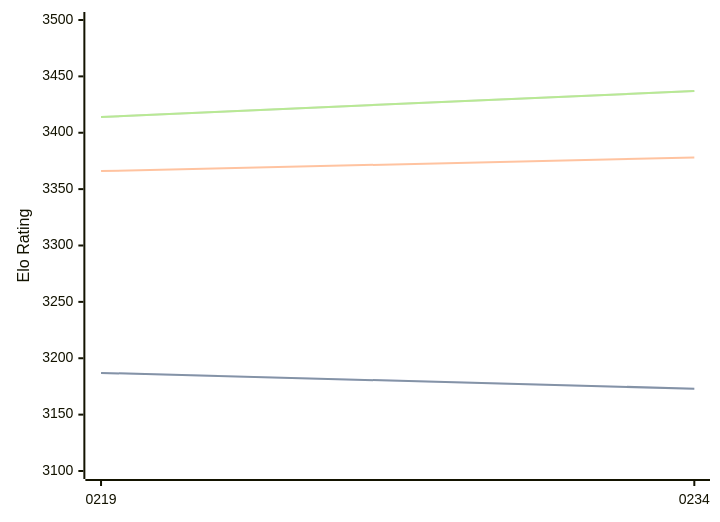
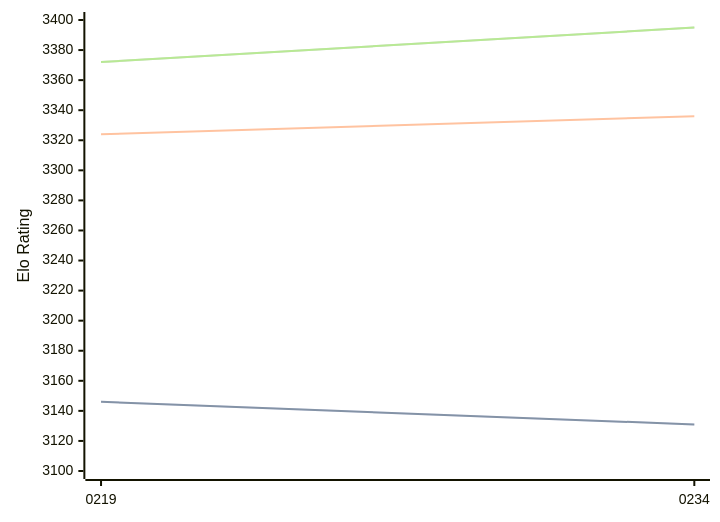
The diagram in engines/Ynode.md (computer-chess-index/cci), drawn with Mermaid before and after one commit. The commit also changed other lines of this file, not shown here.

Commit message:
Update CCI Ratings (ELO VLTC) - 2026-05-19

````diff
--- a/engines/Ynode.md
+++ b/engines/Ynode.md
@@ -39,11 +39,11 @@
 ```mermaid
 %%{init: {"theme":"base","themeVariables":{"seriesColors:['#a3a3a3','#222221','#faa371']}}}%%
 xychart-beta
   x-axis ["0219", "0234"]
-  y-axis "Elo Rating" 3100 --> 3500
-  line "STC (8.0+0.08s)" [3187, 3173]
-  line "STC (8.0+0.08s)" [3187, 3173]
-  line "LTC (60.0+0.60s)" [3366, 3378]
-  line "VLTC (2m24s+1.12s)" [3414, 3437]
-  line "VLTC (2m24s+1.12s)" [3414, 3437]
+  y-axis "Elo Rating" 3100 --> 3400
+  line "STC (8.0+0.08s)" [3146, 3131]
+  line "STC (8.0+0.08s)" [3146, 3131]
+  line "LTC (60.0+0.60s)" [3324, 3336]
+  line "VLTC (2m24s+1.12s)" [3372, 3395]
+  line "VLTC (2m24s+1.12s)" [3372, 3395]
 ```
````
